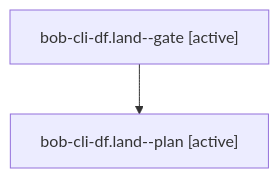
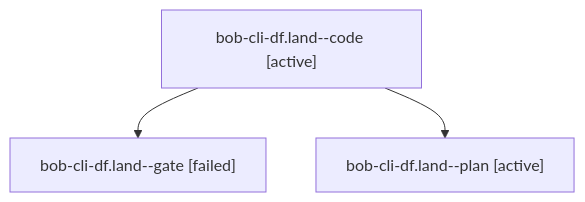
The diagram in sessions/bbugyi200.athena.bob-cli-df.land.md (bobs-org/bob-cli--agents), drawn with Mermaid before and after one commit. The commit also changed other lines of this file and 109 other files, not shown here.

````diff
--- a/sessions/bbugyi200.athena.bob-cli-df.land.md
+++ b/sessions/bbugyi200.athena.bob-cli-df.land.md
@@ -9,6 +9,8 @@
 ```mermaid
 flowchart TD
-  n0["bob-cli-df.land--gate [active]"]
-  n1["bob-cli-df.land--plan [active]"]
+  n0["bob-cli-df.land--code [active]"]
+  n1["bob-cli-df.land--gate [failed]"]
   n0 --> n1
+  n2["bob-cli-df.land--plan [active]"]
+  n0 --> n2
 ```
````
